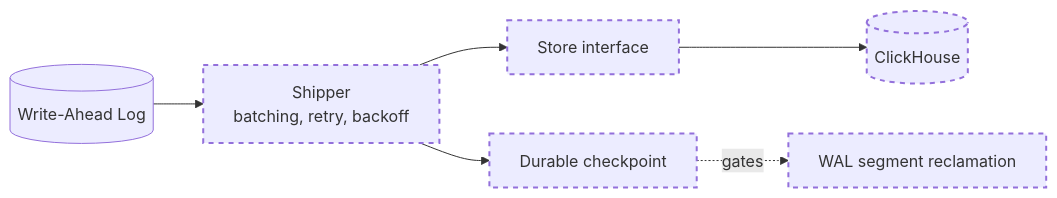
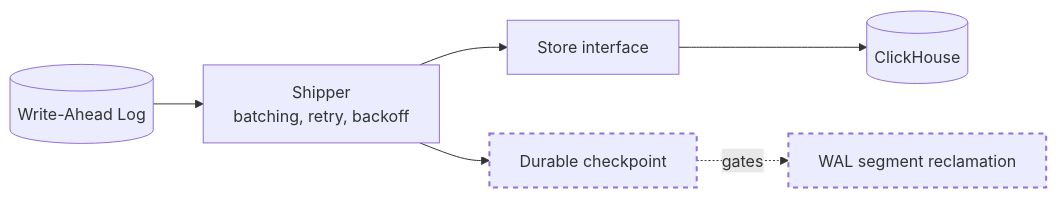
Before and after one commit to PratyushVishal11011/Fairgate: the second of 14 diagrams in README.md, drawn with Mermaid. The commit also changed other lines of this file and 6 other files, not shown here.

````diff
--- a/README.md
+++ b/README.md
@@ -154,18 +171,18 @@
 ```mermaid
 flowchart LR
     W[("Write-Ahead Log")]
     SH["Shipper<br/>batching, retry, backoff"]
     ST["Store interface"]
     CH[("ClickHouse")]
     CK["Durable checkpoint"]
     R["WAL segment reclamation"]
 
     W --> SH
     SH --> ST
     ST --> CH
     SH --> CK
     CK -.->|"gates"| R
 
     classDef planned stroke-dasharray: 5 5,stroke-width:2px;
-    class SH,ST,CH,CK,R planned;
+    class CK,R planned;
 ```
````
